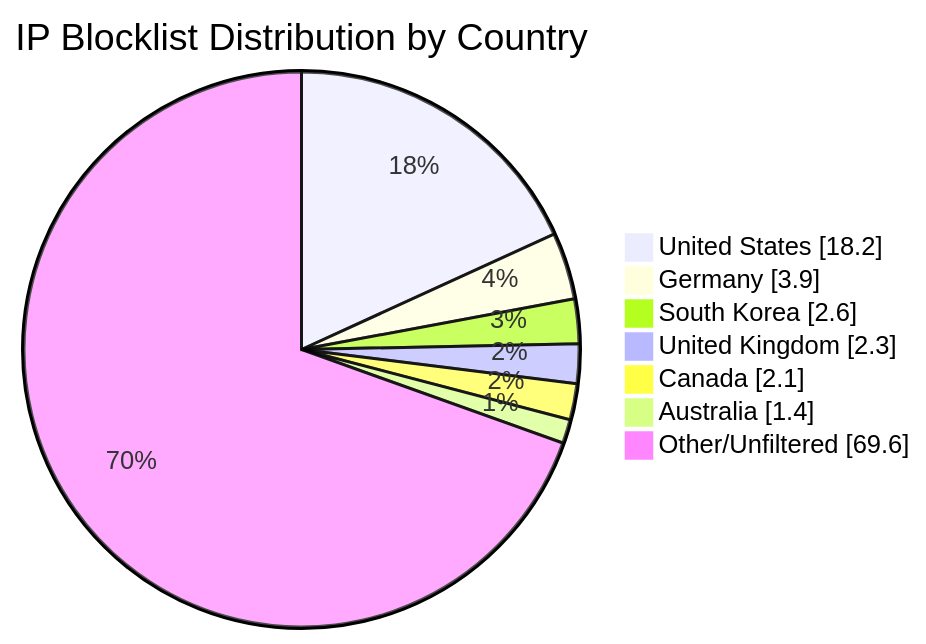
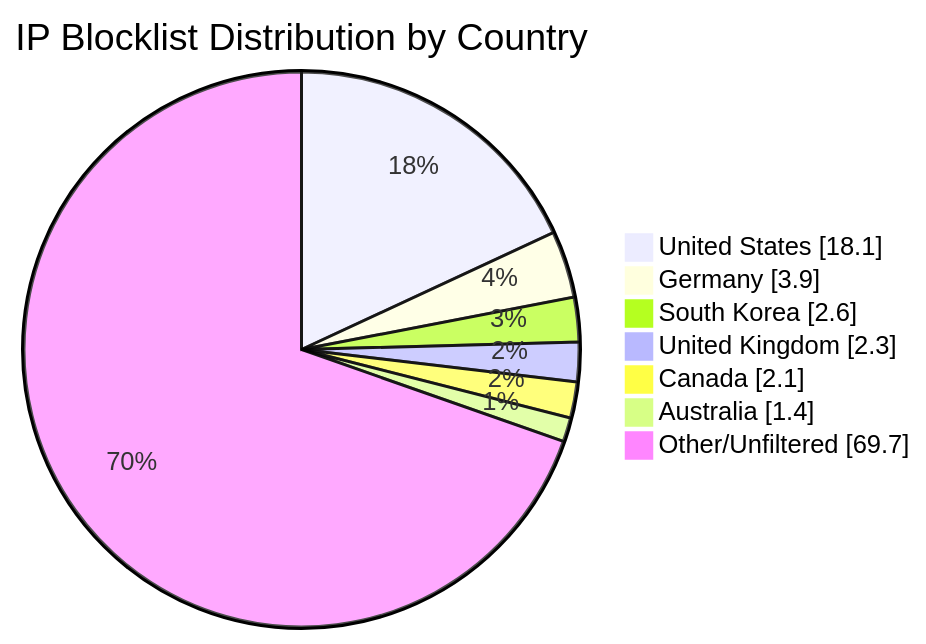
One commit to MarcusHoltz/ipblocklist-geofiltered-aggregator changed the diagram in README.md. Above: the diagram before and after it, drawn with Mermaid. The commit also changed other lines of this file and 9 other files, not shown here.

````diff
--- a/README.md
+++ b/README.md
@@ -34,10 +34,10 @@
 ```mermaid
 pie showData title IP Blocklist Distribution by Country
-"United States" : 18.2
+"United States" : 18.1
 "Germany" : 3.9
 "South Korea" : 2.6
 "United Kingdom" : 2.3
 "Canada" : 2.1
 "Australia" : 1.4
-"Other/Unfiltered" : 69.6
+"Other/Unfiltered" : 69.7
 ```
````
